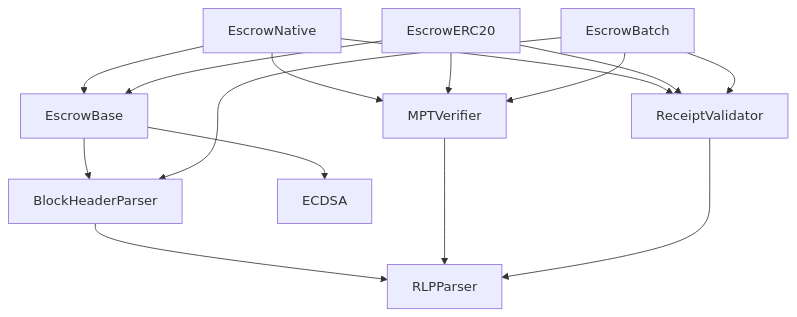
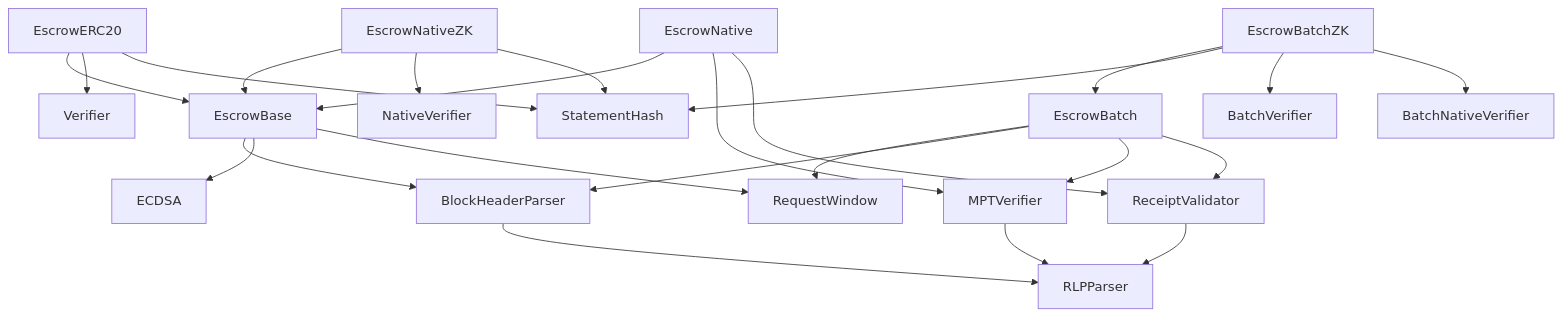
Before and after one commit to MiragePrivacy/escrow: the diagram in README.md, drawn with Mermaid. The commit also changed other lines of this file, not shown here.

First line of the commit message:
Document the current ZK escrow variants (#45)

````diff
--- a/README.md
+++ b/README.md
@@ -106,17 +106,26 @@
 ```mermaid
 graph TD
     EscrowNative --> EscrowBase
     EscrowERC20 --> EscrowBase
     EscrowBase --> BlockHeaderParser
     EscrowBase --> ECDSA
     EscrowNative --> MPTVerifier
     EscrowNative --> ReceiptValidator
-    EscrowERC20 --> MPTVerifier
-    EscrowERC20 --> ReceiptValidator
+    EscrowERC20 --> Verifier
+    EscrowERC20 --> StatementHash
+    EscrowNativeZK --> EscrowBase
+    EscrowNativeZK --> NativeVerifier
+    EscrowNativeZK --> StatementHash
+    EscrowBatchZK --> EscrowBatch
+    EscrowBatchZK --> StatementHash
+    EscrowBatchZK --> BatchVerifier
+    EscrowBatchZK --> BatchNativeVerifier
+    EscrowBatch --> RequestWindow
+    EscrowBase --> RequestWindow
     EscrowBatch --> BlockHeaderParser
     EscrowBatch --> MPTVerifier
     EscrowBatch --> ReceiptValidator
     BlockHeaderParser --> RLPParser
     MPTVerifier --> RLPParser
     ReceiptValidator --> RLPParser
 ```
````
